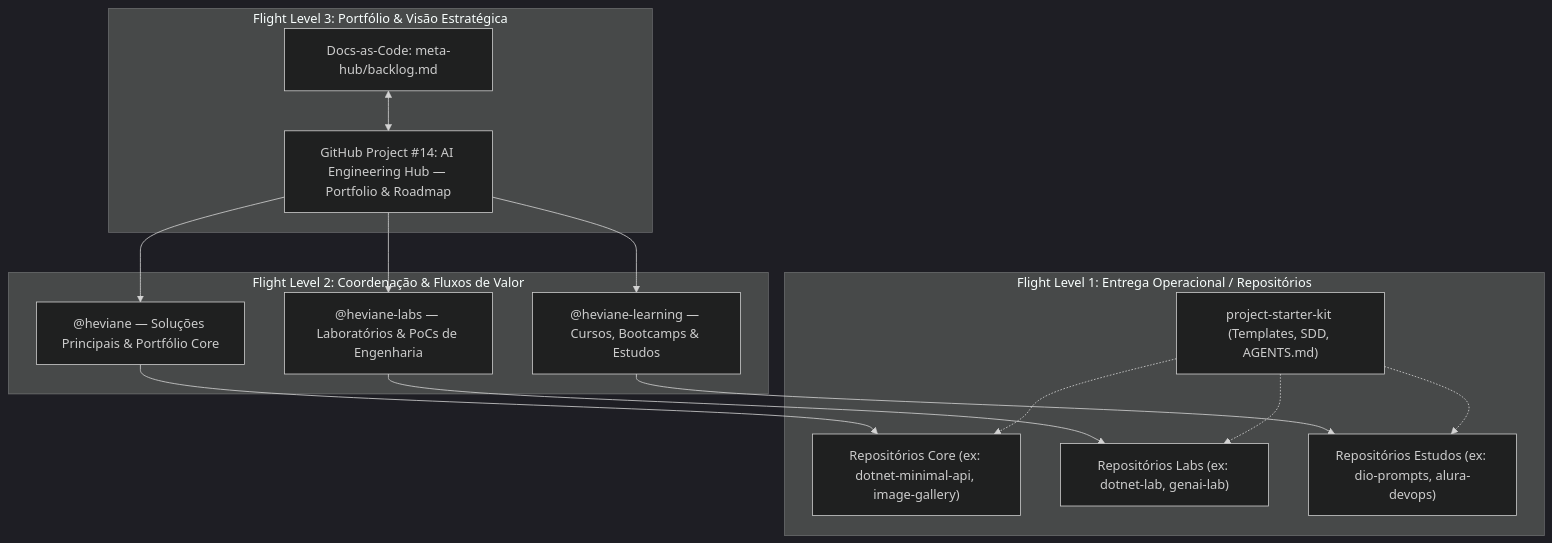
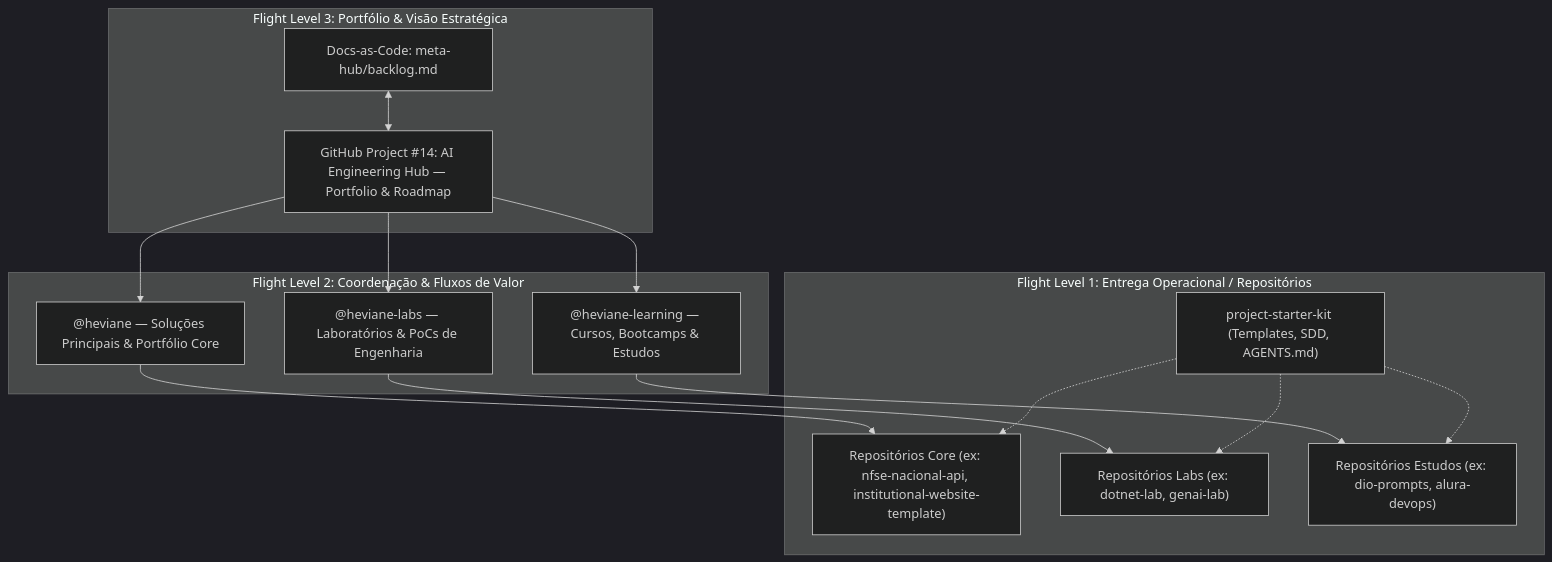
The diagram in meta-hub/README.md (heviane/heviane), drawn with Mermaid (dark theme) before and after one commit.

Commit message:
docs(meta-hub): update core repository examples to recent projects

````diff
--- a/meta-hub/README.md
+++ b/meta-hub/README.md
@@ -23,31 +23,31 @@
 ```mermaid
 flowchart TD
     subgraph FL3 ["Flight Level 3: Portfólio & Visão Estratégica"]
         Roadmap["GitHub Project #14: AI Engineering Hub — Portfolio & Roadmap"]
         BacklogDoc["Docs-as-Code: meta-hub/backlog.md"]
     end
 
     subgraph FL2 ["Flight Level 2: Coordenação & Fluxos de Valor"]
         OrgMain["@heviane — Soluções Principais & Portfólio Core"]
         OrgLabs["@heviane-labs — Laboratórios & PoCs de Engenharia"]
         OrgLearn["@heviane-learning — Cursos, Bootcamps & Estudos"]
     end
 
     subgraph FL1 ["Flight Level 1: Entrega Operacional / Repositórios"]
-        ReposMain["Repositórios Core (ex: dotnet-minimal-api, image-gallery)"]
+        ReposMain["Repositórios Core (ex: nfse-nacional-api, institutional-website-template)"]
         ReposLabs["Repositórios Labs (ex: dotnet-lab, genai-lab)"]
         ReposLearn["Repositórios Estudos (ex: dio-prompts, alura-devops)"]
         StarterKit["project-starter-kit (Templates, SDD, AGENTS.md)"]
     end
 
     BacklogDoc <--> Roadmap
     Roadmap --> OrgMain
     Roadmap --> OrgLabs
     Roadmap --> OrgLearn
     OrgMain --> ReposMain
     OrgLabs --> ReposLabs
     OrgLearn --> ReposLearn
     StarterKit -.-> ReposMain
     StarterKit -.-> ReposLabs
     StarterKit -.-> ReposLearn
 ```
````
